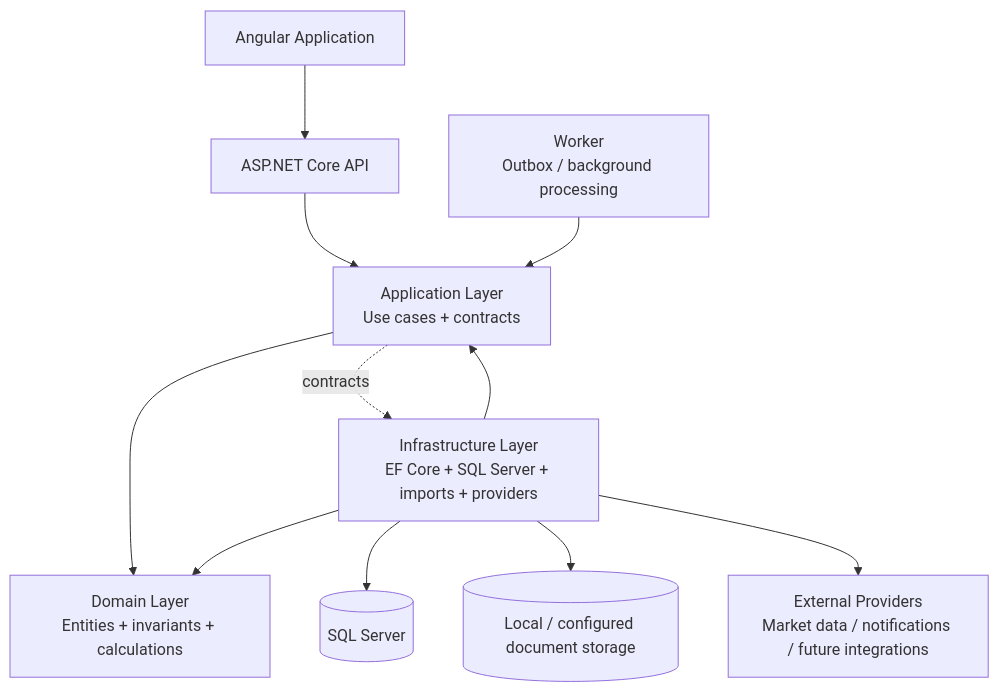
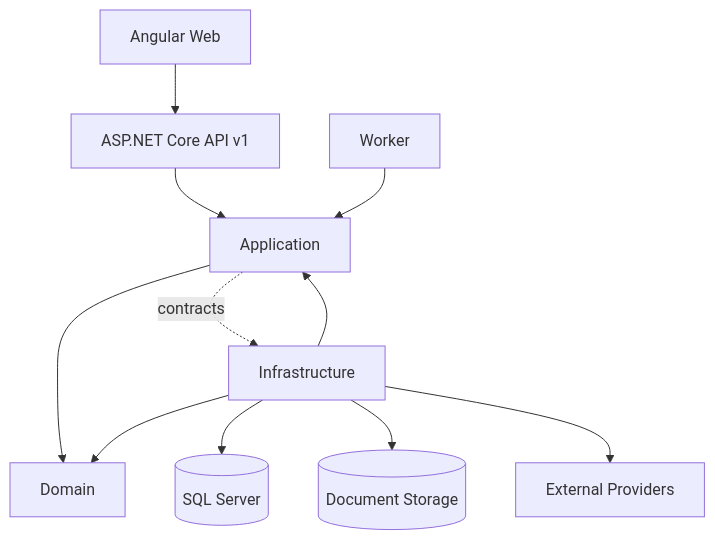
Before and after one commit to swapchavan86/PersonalWealthDashboard: the diagram in README.md, drawn with Mermaid. The commit also changed other lines of this file, not shown here.

Commit message:
docs: document phases 6 through 12 checkpoint

````diff
--- a/README.md
+++ b/README.md
@@ -77,23 +25,13 @@
 ```mermaid
 flowchart TB
-    UI[Angular Application]
-    API[ASP.NET Core API]
-    APP[Application Layer\nUse cases + contracts]
-    DOMAIN[Domain Layer\nEntities + invariants + calculations]
-    INFRA[Infrastructure Layer\nEF Core + SQL Server + imports + providers]
-    WORKER[Worker\nOutbox / background processing]
-    DB[(SQL Server)]
-    FILES[(Local / configured document storage)]
-    EXT[External Providers\nMarket data / notifications / future integrations]
-
-    UI --> API
-    API --> APP
-    APP --> DOMAIN
-    INFRA --> APP
-    INFRA --> DOMAIN
-    WORKER --> APP
-    INFRA --> DB
-    INFRA --> FILES
-    INFRA --> EXT
-    APP -. contracts .-> INFRA
+  UI[Angular Web] --> API[ASP.NET Core API v1]
+  API --> APP[Application]
+  APP --> DOMAIN[Domain]
+  INFRA[Infrastructure] --> APP
+  INFRA --> DOMAIN
+  WORKER[Worker] --> APP
+  INFRA --> DB[(SQL Server)]
+  INFRA --> FILES[(Document Storage)]
+  INFRA --> EXT[External Providers]
+  APP -. contracts .-> INFRA
 ```
````
